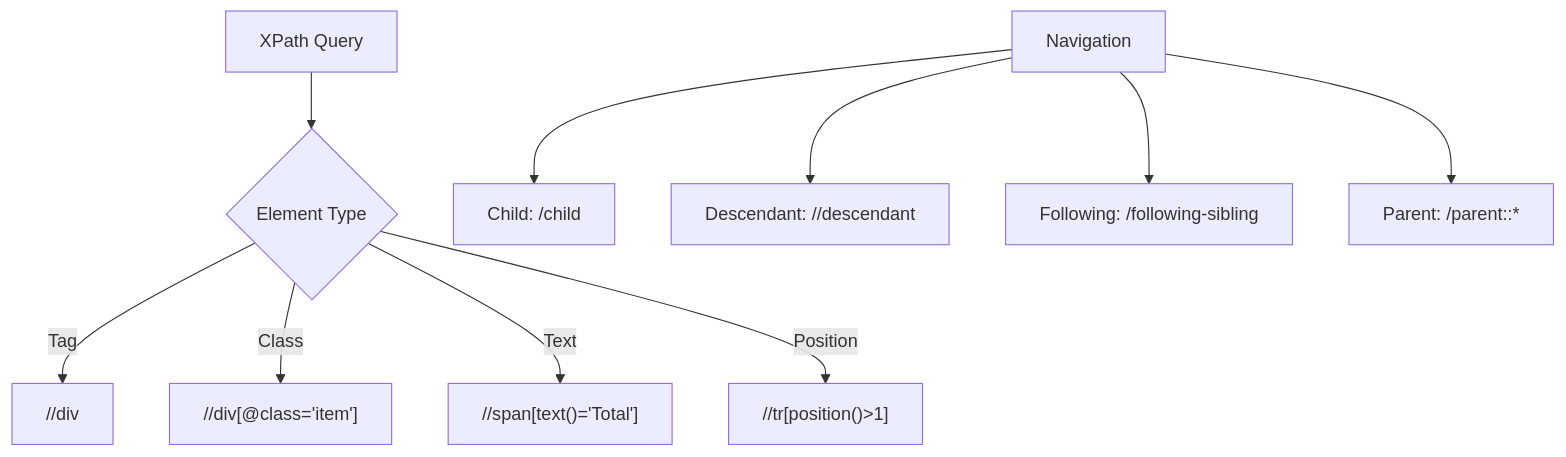
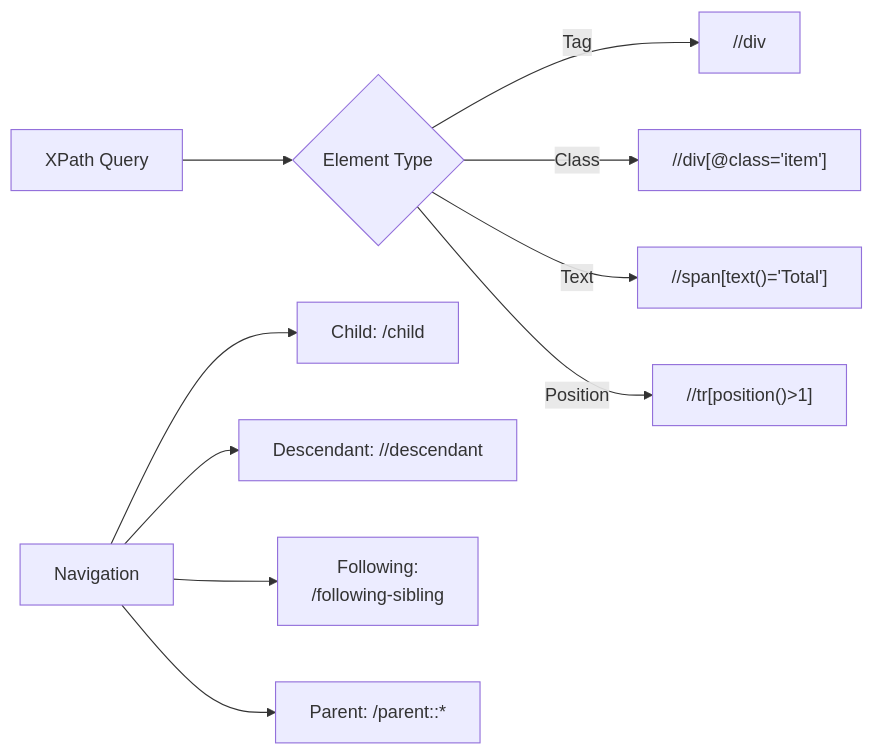
One commit to bytetunnels/bytetunnels.github.com changed the third of 4 diagrams in _posts/2025-05-01-html-basics-for-scrapers-finding-way-around-tags.md. Above: the diagram before and after it, drawn with Mermaid. The commit also changed other lines of this file and 118 other files, not shown here.

Commit message:
feat: improve diagram styling and compact wide flowcharts

````diff
--- a/_posts/2025-05-01-html-basics-for-scrapers-finding-way-around-tags.md
+++ b/_posts/2025-05-01-html-basics-for-scrapers-finding-way-around-tags.md
@@ -185,16 +185,16 @@
 ```mermaid
-flowchart TD
+flowchart LR
     A[XPath Query]
     A --> B{Element Type}
 
     B -->|Tag| C["//div"]
     B -->|Class| D["//div[@class='item']"]
     B -->|Text| E["//span[text()='Total']"]
     B -->|Position| F["//tr[position()>1]"]
 
     G[Navigation]
     G --> H["Child: /child"]
     G --> I["Descendant: //descendant"]
-    G --> J["Following: /following-sibling"]
+    G --> J["Following:<br/>/following-sibling"]
     G --> K["Parent: /parent::*"]
 ```
````
